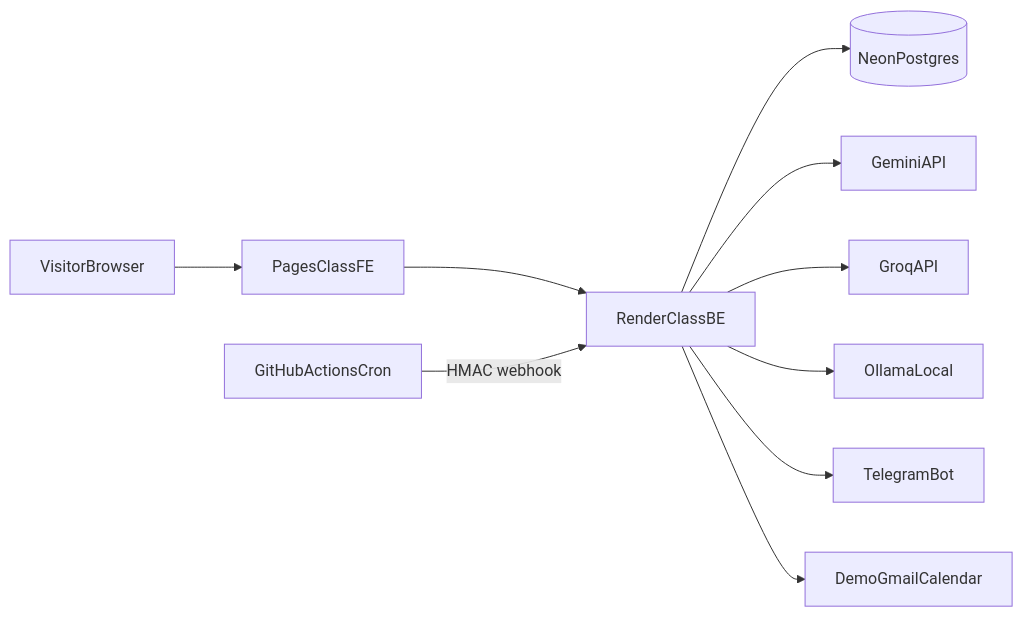
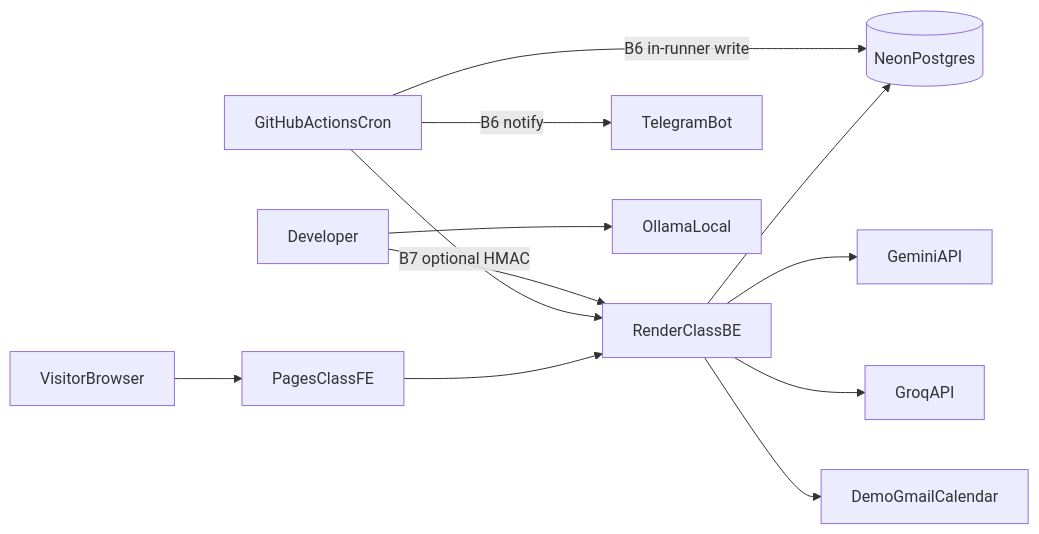
The diagram in docs/architecture.md (Settar-Mengli/opspilot-ai), drawn with Mermaid before and after one commit. The commit also changed other lines of this file, not shown here.

Commit message:
docs: fix architecture CURRENT facts and complete TARGET

````diff
--- a/docs/architecture.md
+++ b/docs/architecture.md
@@ -138,23 +293,26 @@
 ```mermaid
 flowchart LR
   Visitor[VisitorBrowser]
   FE[PagesClassFE]
   BE[RenderClassBE]
   Neon[(NeonPostgres)]
   Gemini[GeminiAPI]
   Groq[GroqAPI]
-  Ollama[OllamaLocal]
+  Gmail[DemoGmailCalendar]
   GHA[GitHubActionsCron]
   Tg[TelegramBot]
-  Gmail[DemoGmailCalendar]
+  Dev[Developer]
+  Ollama[OllamaLocal]
 
   Visitor --> FE
   FE --> BE
   BE --> Neon
   BE --> Gemini
   BE --> Groq
-  BE --> Ollama
-  GHA -->|"HMAC webhook"| BE
-  BE --> Tg
   BE --> Gmail
+  GHA -->|"B6 in-runner write"| Neon
+  GHA -->|"B6 notify"| Tg
+  GHA -->|"B7 optional HMAC"| BE
+  Dev --> Ollama
+  Dev --> BE
 ```
````
